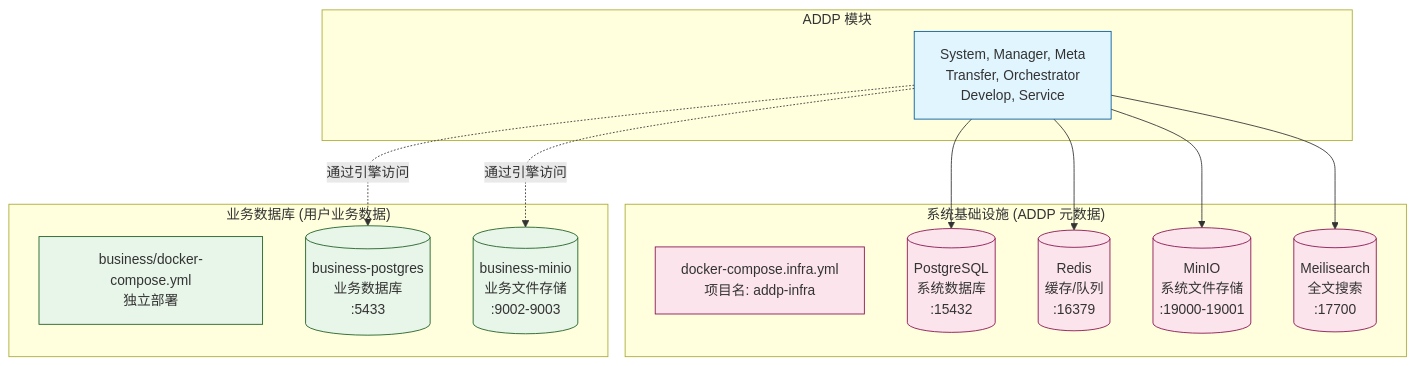
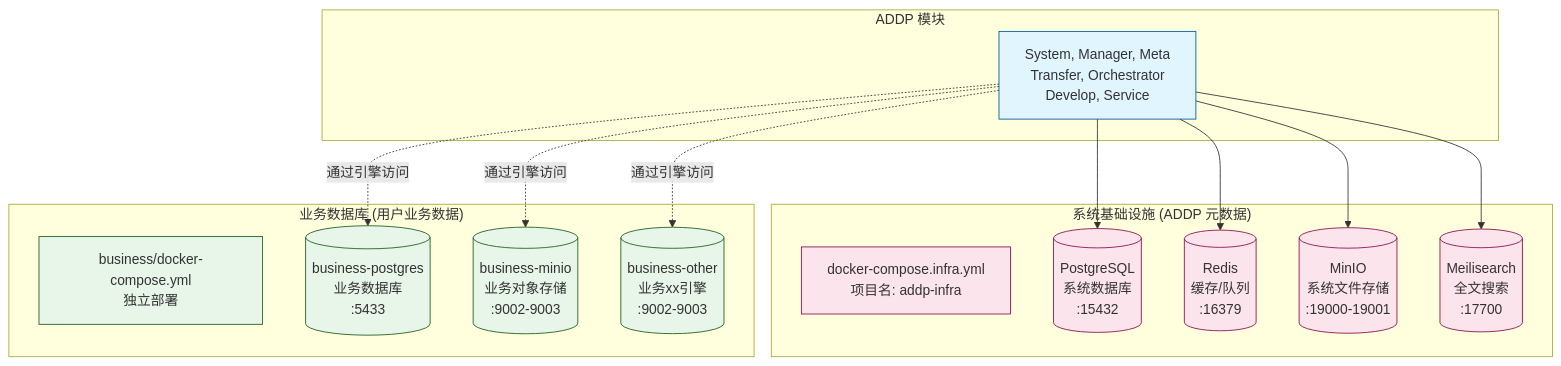
One commit to pampa0629/addp changed the first of 2 diagrams in docs/concepts/addp基础设施隔离图.md. Above: the diagram before and after it, drawn with Mermaid. The commit also changed other lines of this file and 54 other files, not shown here.

````diff
--- a/docs/concepts/addp基础设施隔离图.md
+++ b/docs/concepts/addp基础设施隔离图.md
@@ -19,38 +19,40 @@
 ```mermaid
 graph TB
     subgraph "系统基础设施 (ADDP 元数据)"
         InfraTitle[docker-compose.infra.yml<br/>项目名: addp-infra]
 
         PostgreSQL[(PostgreSQL<br/>系统数据库<br/>:15432)]
         Redis[(Redis<br/>缓存/队列<br/>:16379)]
         MinIO[(MinIO<br/>系统文件存储<br/>:19000-19001)]
         Meilisearch[(Meilisearch<br/>全文搜索<br/>:17700)]
     end
 
     subgraph "业务数据库 (用户业务数据)"
         BizTitle[business/docker-compose.yml<br/>独立部署]
 
         BizPG[(business-postgres<br/>业务数据库<br/>:5433)]
-        BizMinIO[(business-minio<br/>业务文件存储<br/>:9002-9003)]
+        BizMinIO[(business-minio<br/>业务对象存储<br/>:9002-9003)]
+        BizOther[(business-other<br/>业务xx引擎<br/>:9002-9003)]
     end
 
     subgraph "ADDP 模块"
         Modules[System, Manager, Meta<br/>Transfer, Orchestrator<br/>Develop, Service]
     end
 
     Modules --> PostgreSQL
     Modules --> Redis
     Modules --> MinIO
     Modules --> Meilisearch
 
     Modules -.通过引擎访问.-> BizPG
     Modules -.通过引擎访问.-> BizMinIO
+    Modules -.通过引擎访问.-> BizOther
 
     classDef infra fill:#fce4ec,stroke:#880e4f
     classDef biz fill:#e8f5e9,stroke:#1b5e20
     classDef module fill:#e1f5ff,stroke:#01579b
 
     class InfraTitle,PostgreSQL,Redis,MinIO,Meilisearch infra
-    class BizTitle,BizPG,BizMinIO biz
+    class BizTitle,BizPG,BizMinIO,BizOther biz
     class Modules module
 ```
````
